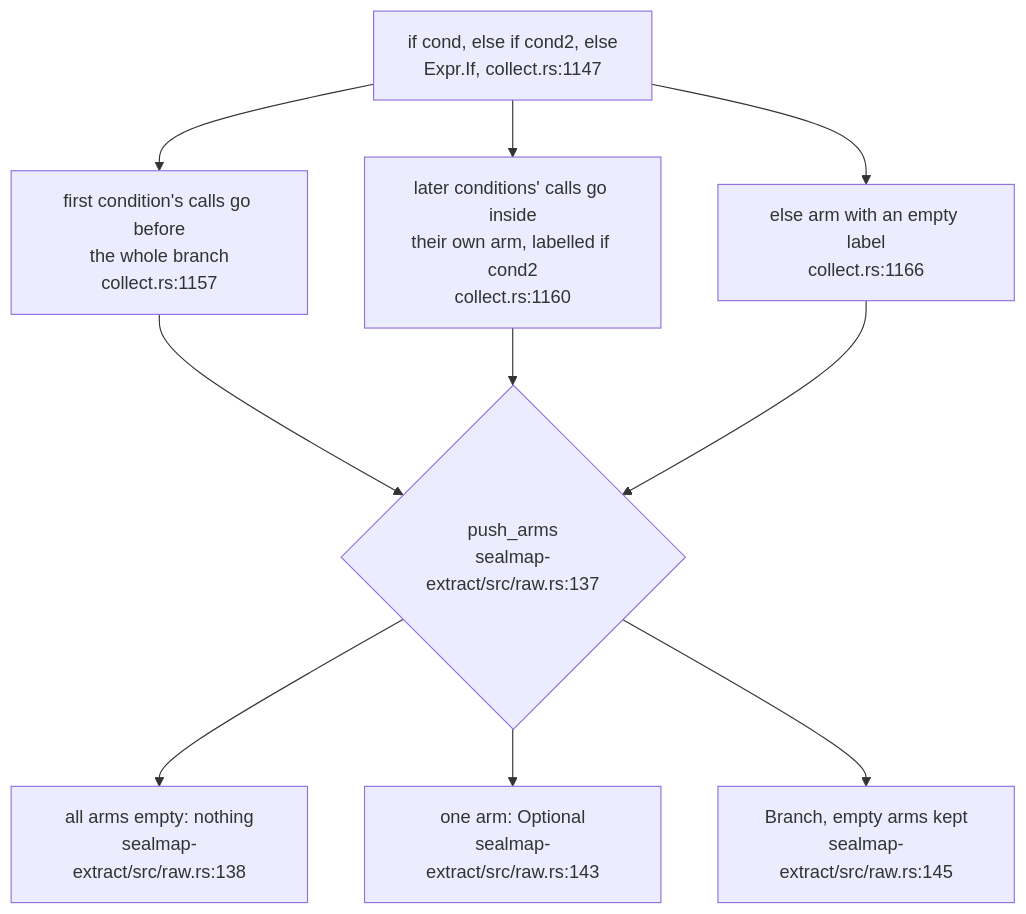
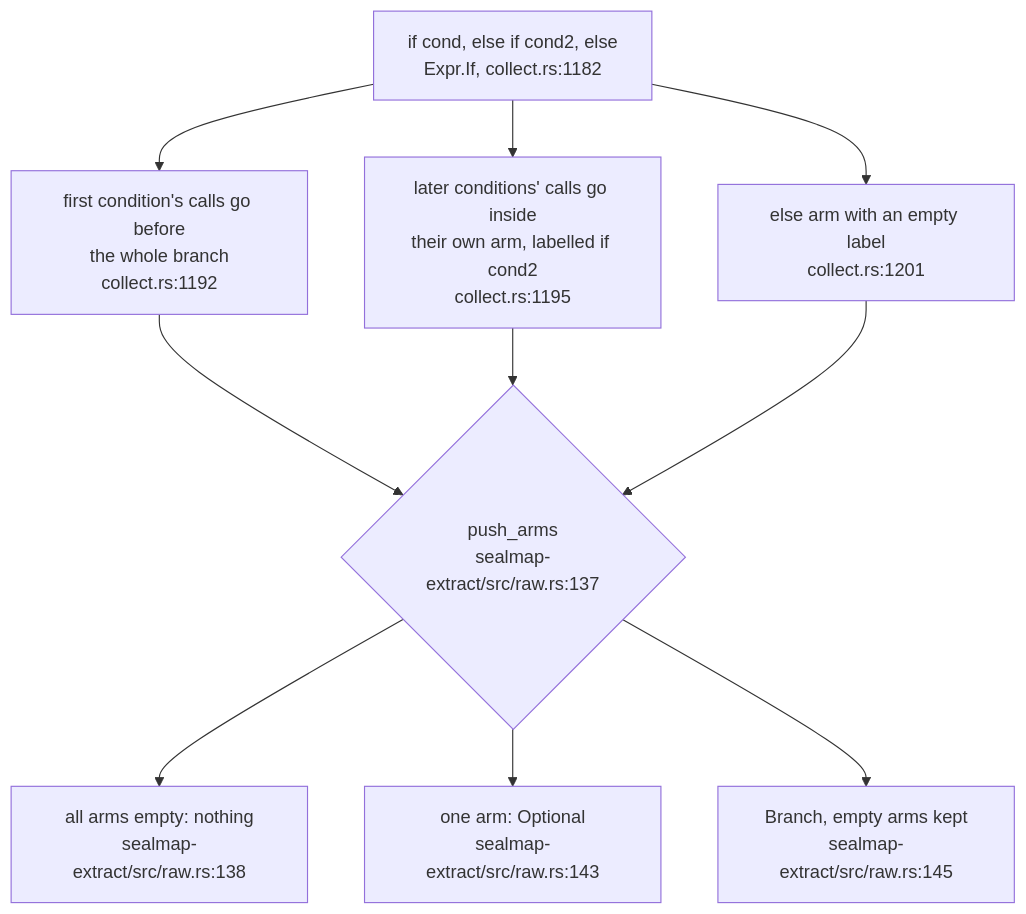
One commit to DreamLab-AI/codemaid changed the fifth of 7 diagrams in docs/diagrams/extract/03-the-flow-walker-and-raw-ir.md. Above: the diagram before and after it, drawn with Mermaid. The commit also changed other lines of this file and 8 other files, not shown here.

First line of the commit message:
docs(diagrams): restamp the extract topics to fec7aff; record the generics fix

````diff
--- a/docs/diagrams/extract/03-the-flow-walker-and-raw-ir.md
+++ b/docs/diagrams/extract/03-the-flow-walker-and-raw-ir.md
@@ -207,20 +207,20 @@
 ```mermaid
 flowchart TB
-    IF["if cond, else if cond2, else<br/>Expr.If, collect.rs:1147"]
-    C1["first condition's calls go before<br/>the whole branch<br/>collect.rs:1157"]
-    C2["later conditions' calls go inside<br/>their own arm, labelled if cond2<br/>collect.rs:1160"]
-    EL["else arm with an empty label<br/>collect.rs:1166"]
+    IF["if cond, else if cond2, else<br/>Expr.If, collect.rs:1182"]
+    C1["first condition's calls go before<br/>the whole branch<br/>collect.rs:1192"]
+    C2["later conditions' calls go inside<br/>their own arm, labelled if cond2<br/>collect.rs:1195"]
+    EL["else arm with an empty label<br/>collect.rs:1201"]
     PA{"push_arms<br/>sealmap-extract/src/raw.rs:137"}
     NONE["all arms empty: nothing<br/>sealmap-extract/src/raw.rs:138"]
     ONE["one arm: Optional<br/>sealmap-extract/src/raw.rs:143"]
     MANY["Branch, empty arms kept<br/>sealmap-extract/src/raw.rs:145"]
     IF --> C1
     IF --> C2
     IF --> EL
     C1 --> PA
     C2 --> PA
     EL --> PA
     PA --> NONE
     PA --> ONE
     PA --> MANY
 ```
````
